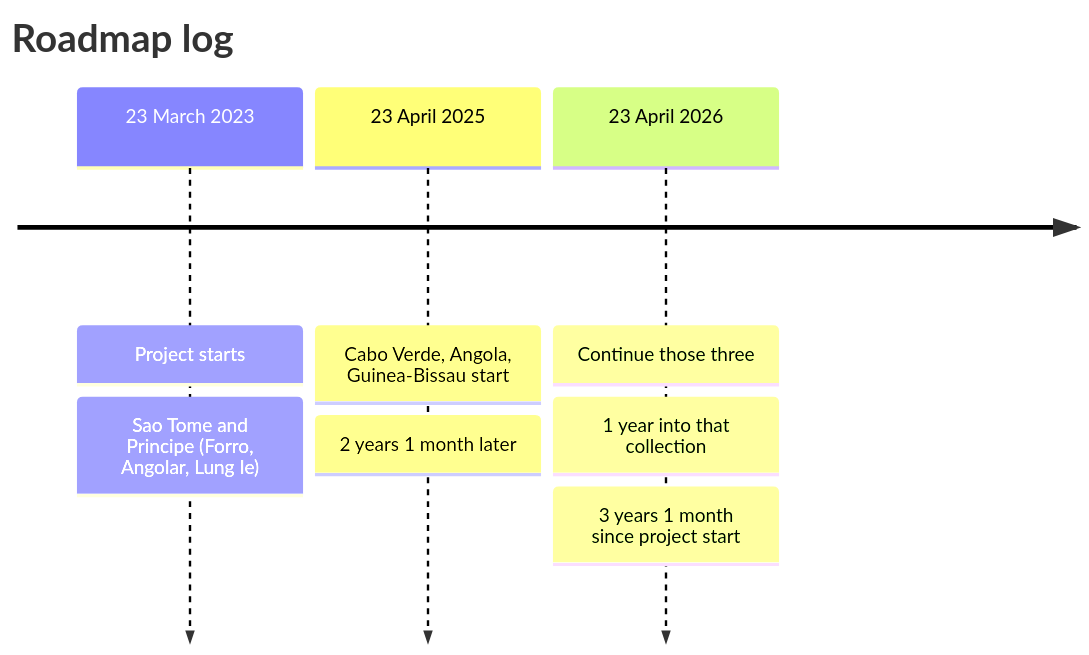
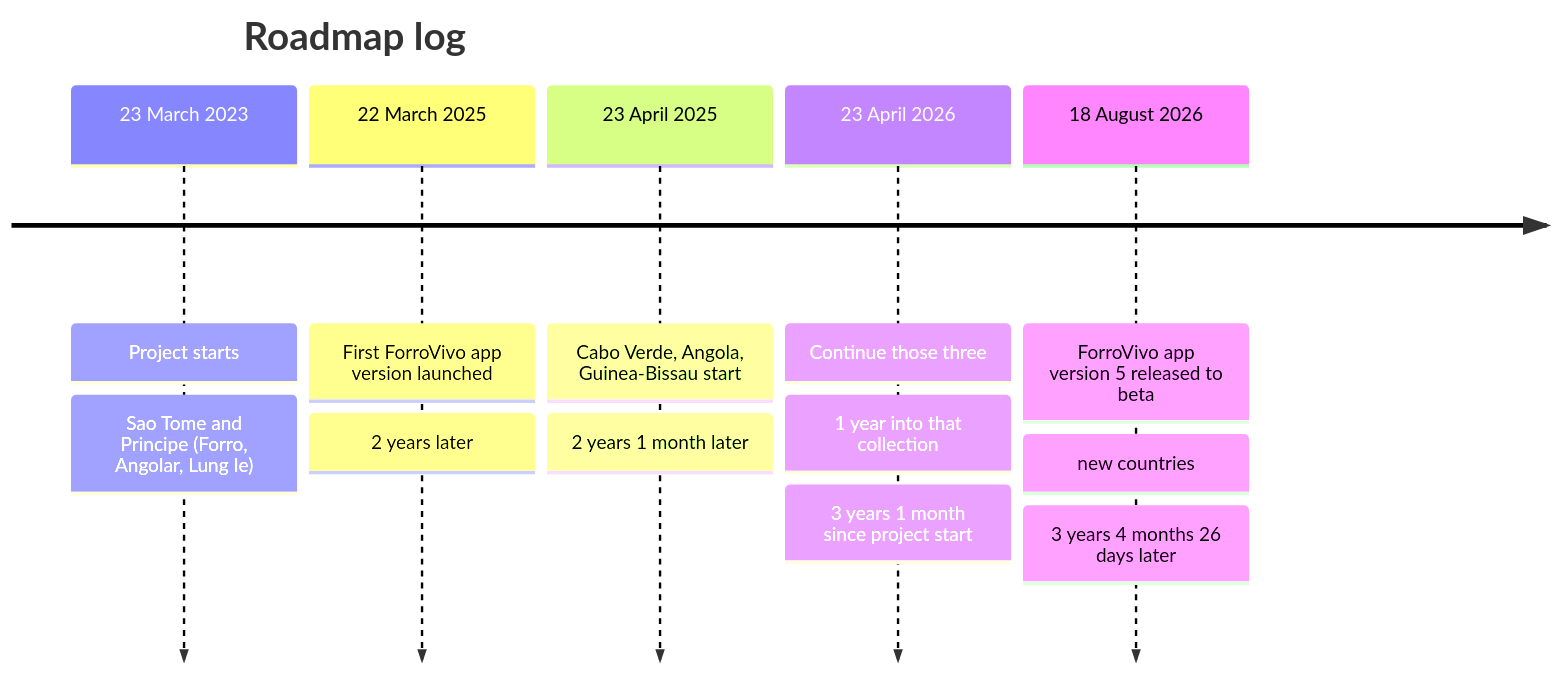
The second of 2 diagrams in README.md (Forrovivo/LINGUISTIC-RESEARCH-Forro-Vivo-), drawn with Mermaid before and after one commit. The commit also changed other lines of this file and 1 other file, not shown here.

Commit message:
Log the first ForroVivo app launch and version 5 beta on the named-date roadmap.

````diff
--- a/README.md
+++ b/README.md
@@ -271,7 +279,9 @@
 ```mermaid
 timeline
     title Roadmap log
     23 March 2023 : Project starts : Sao Tome and Principe (Forro, Angolar, Lung Ie)
+    22 March 2025 : First ForroVivo app version launched : 2 years later
     23 April 2025 : Cabo Verde, Angola, Guinea-Bissau start : 2 years 1 month later
     23 April 2026 : Continue those three : 1 year into that collection : 3 years 1 month since project start
+    18 August 2026 : ForroVivo app version 5 released to beta : new countries : 3 years 4 months 26 days later
 ```
````
